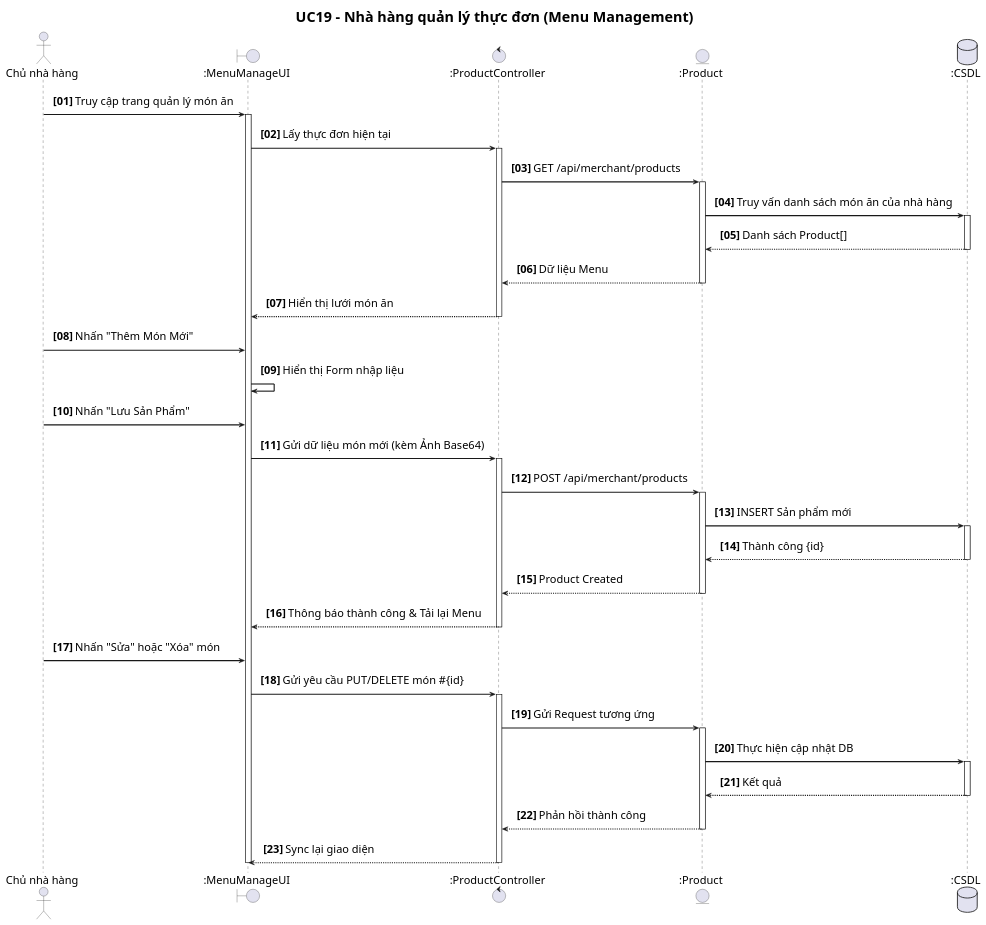
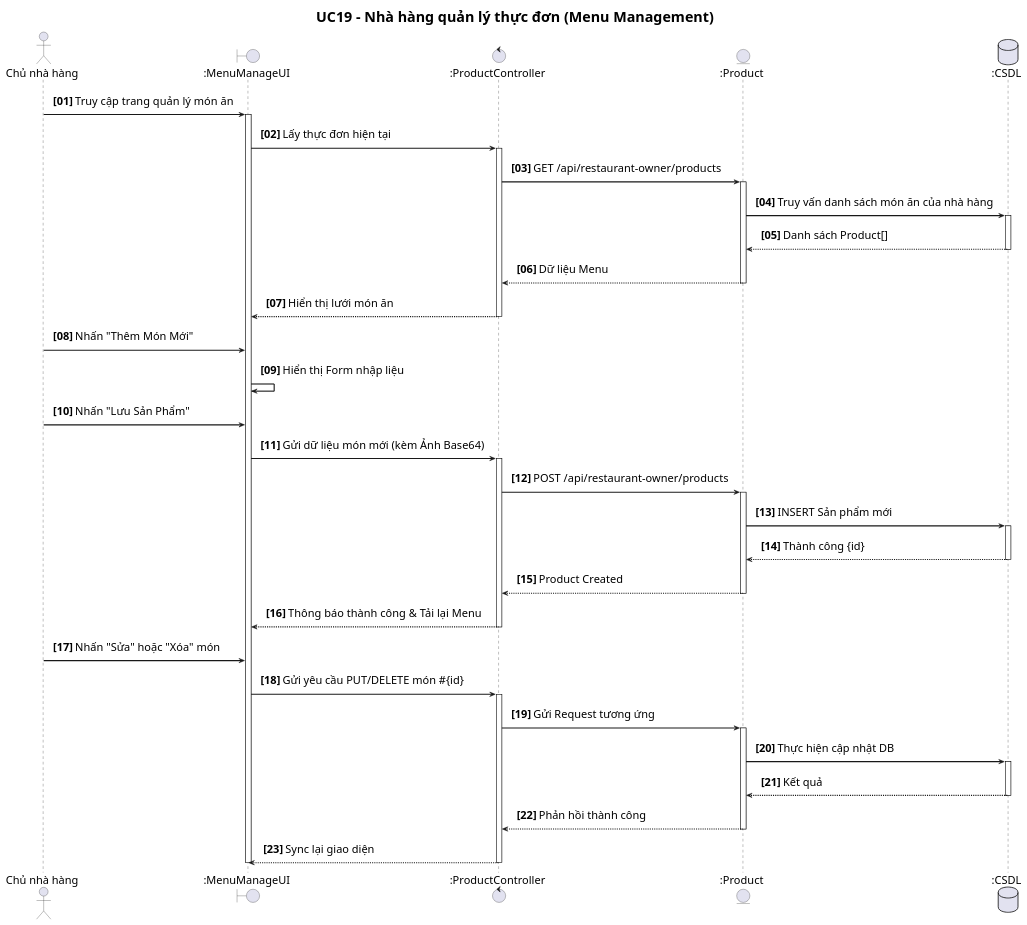
The diagram in front-end/src/usecaseUML/UC19_NhaHangQuanLyMenu.puml (Gonztbl/DATN_FRONT-END), drawn with PlantUML before and after one commit. The commit also changed 40 other files, not shown here.

```diff
--- a/front-end/src/usecaseUML/UC19_NhaHangQuanLyMenu.puml
+++ b/front-end/src/usecaseUML/UC19_NhaHangQuanLyMenu.puml
@@ -1,76 +1,76 @@
 @startuml UC19_NhaHangQuanLyMenu
 title UC19 - Nhà hàng quản lý thực đơn (Menu Management)
 
 autonumber "<b>[00]</b>"
 skinparam sequenceArrowThickness 2
 skinparam roundcorner 10
 skinparam defaultFontSize 20
 skinparam titleFontSize 26
 skinparam sequenceFontSize 19
 skinparam sequenceMessageFontSize 20
 skinparam sequenceActorFontSize 20
 skinparam sequenceParticipantFontSize 20
 skinparam noteFontSize 18
 skinparam sequenceArrowFontSize 20
 skinparam sequence {
     ParticipantPadding 30
     LifeLinePadding 20
     MessagePadding 10
 }
 
 actor "Chủ nhà hàng" as Merchant
 boundary ":MenuManageUI" as UI
 control ":ProductController" as CTRL
 entity ":Product" as API
 database ":CSDL" as DB
 
 Merchant -> UI : Truy cập trang quản lý món ăn
 activate UI
 
 UI -> CTRL : Lấy thực đơn hiện tại
 activate CTRL
-CTRL -> API : GET /api/merchant/products
+CTRL -> API : GET /api/restaurant-owner/products
 activate API
 API -> DB : Truy vấn danh sách món ăn của nhà hàng
 activate DB
 DB --> API : Danh sách Product[]
 deactivate DB
 API --> CTRL : Dữ liệu Menu
 deactivate API
 CTRL --> UI : Hiển thị lưới món ăn
 deactivate CTRL
 
 Merchant -> UI : Nhấn "Thêm Món Mới"
 UI -> UI : Hiển thị Form nhập liệu
 
 Merchant -> UI : Nhấn "Lưu Sản Phẩm"
 UI -> CTRL : Gửi dữ liệu món mới (kèm Ảnh Base64)
 activate CTRL
-CTRL -> API : POST /api/merchant/products
+CTRL -> API : POST /api/restaurant-owner/products
 activate API
 API -> DB : INSERT Sản phẩm mới
 activate DB
 DB --> API : Thành công {id}
 deactivate DB
 API --> CTRL : Product Created
 deactivate API
 CTRL --> UI : Thông báo thành công & Tải lại Menu
 deactivate CTRL
 
 Merchant -> UI : Nhấn "Sửa" hoặc "Xóa" món
 UI -> CTRL : Gửi yêu cầu PUT/DELETE món #{id}
 activate CTRL
 CTRL -> API : Gửi Request tương ứng
 activate API
 API -> DB : Thực hiện cập nhật DB
 activate DB
 DB --> API : Kết quả
 deactivate DB
 API --> CTRL : Phản hồi thành công
 deactivate API
 CTRL --> UI : Sync lại giao diện
 deactivate CTRL
 
 deactivate UI
 
 @enduml
```
